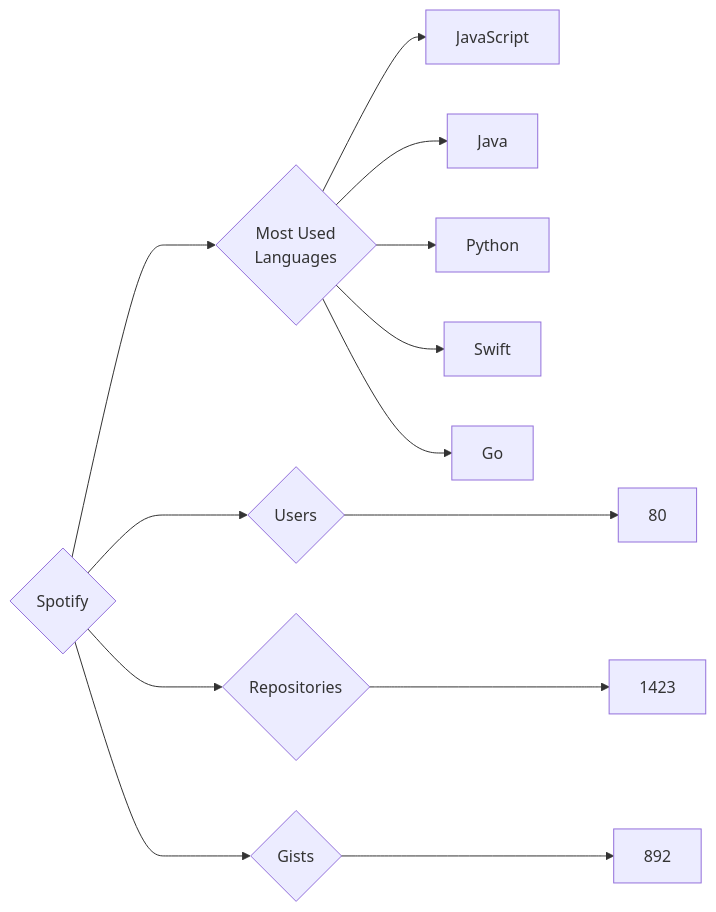
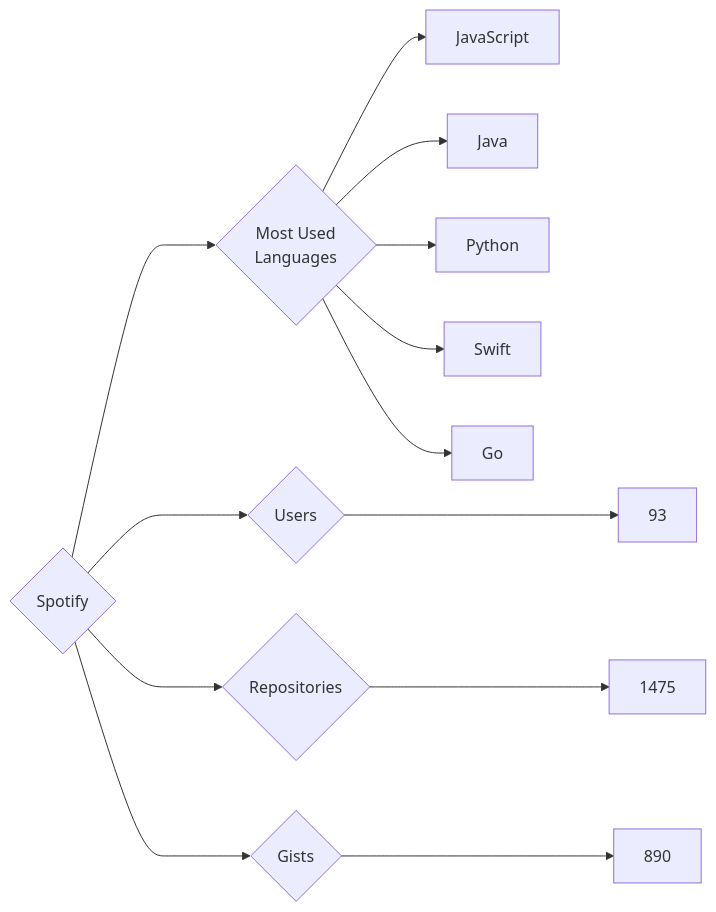
The diagram in targets/Spotify/README.md (trickest/insiders), drawn with Mermaid before and after one commit. The commit also changed 955 other files, not shown here.

````diff
--- a/targets/Spotify/README.md
+++ b/targets/Spotify/README.md
@@ -3,13 +3,13 @@
 ```mermaid
 graph LR
 COMPANY_NAME{Spotify}
-COMPANY_NAME ---> U{Users} ---> UN[80]
-COMPANY_NAME ---> R{Repositories} ---> RN[1423]
-COMPANY_NAME ---> G{Gists} ---> GN[892]
+COMPANY_NAME ---> U{Users} ---> UN[93]
+COMPANY_NAME ---> R{Repositories} ---> RN[1475]
+COMPANY_NAME ---> G{Gists} ---> GN[890]
 COMPANY_NAME ---> ML{Most Used<br>Languages}
 ML --> JavaScript[JavaScript]
 ML --> Java[Java]
 ML --> Python[Python]
 ML --> Swift[Swift]
 ML --> Go[Go]
 ```
````
